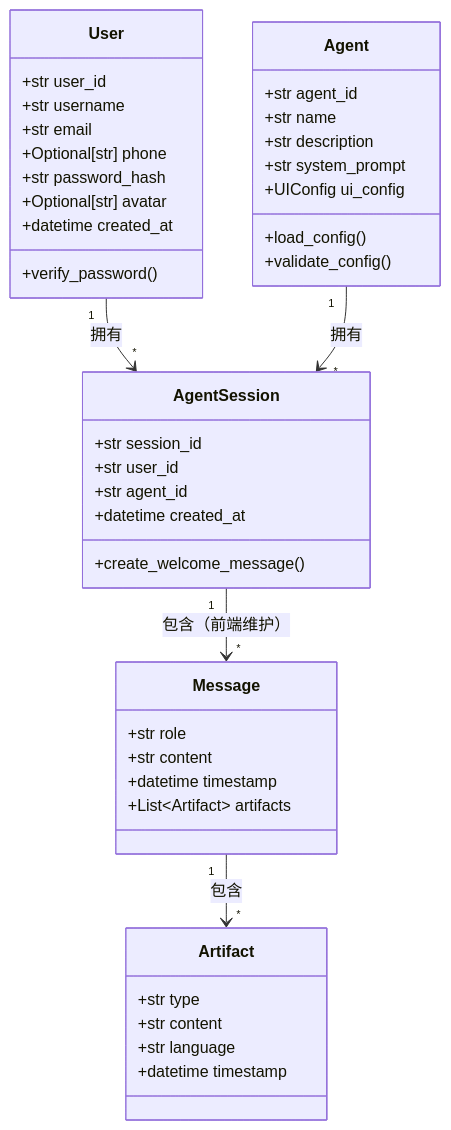
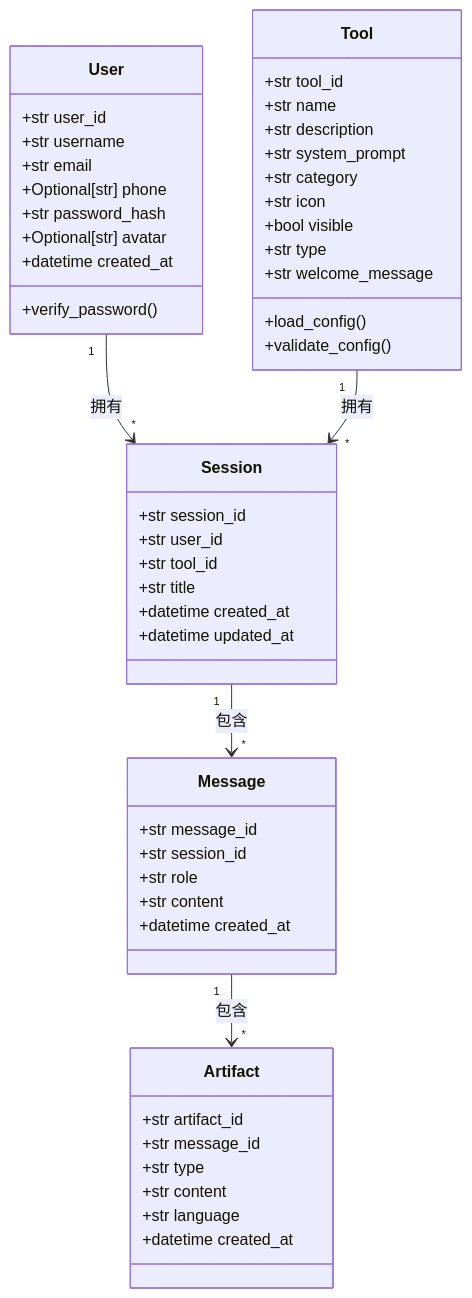
Before and after one commit to ZhangColin/ai-teacher-platform: the diagram in docs/design/data_models.md, drawn with Mermaid. The commit also changed other lines of this file and 2 other files, not shown here.

````diff
--- a/docs/design/data_models.md
+++ b/docs/design/data_models.md
@@ -16,50 +16,58 @@
 ```mermaid
 classDiagram
-    class Agent {
-        +str agent_id
+    class Tool {
+        +str tool_id
         +str name
         +str description
         +str system_prompt
-        +UIConfig ui_config
+        +str category
+        +str icon
+        +bool visible
+        +str type
+        +str welcome_message
         +load_config()
         +validate_config()
     }
     
-    class AgentSession {
+    class Session {
         +str session_id
         +str user_id
-        +str agent_id
+        +str tool_id
+        +str title
         +datetime created_at
-        +create_welcome_message()
+        +datetime updated_at
     }
     
     class Message {
+        +str message_id
+        +str session_id
         +str role
         +str content
-        +datetime timestamp
-        +List~Artifact~ artifacts
+        +datetime created_at
     }
     
     class Artifact {
+        +str artifact_id
+        +str message_id
         +str type
         +str content
         +str language
-        +datetime timestamp
+        +datetime created_at
     }
     
     class User {
         +str user_id
         +str username
         +str email
         +Optional[str] phone
         +str password_hash
         +Optional[str] avatar
         +datetime created_at
         +verify_password()
     }
     
-    User "1" --> "*" AgentSession : 拥有
-    Agent "1" --> "*" AgentSession : 拥有
-    AgentSession "1" --> "*" Message : 包含（前端维护）
+    User "1" --> "*" Session : 拥有
+    Tool "1" --> "*" Session : 拥有
+    Session "1" --> "*" Message : 包含
     Message "1" --> "*" Artifact : 包含
 ```
````
